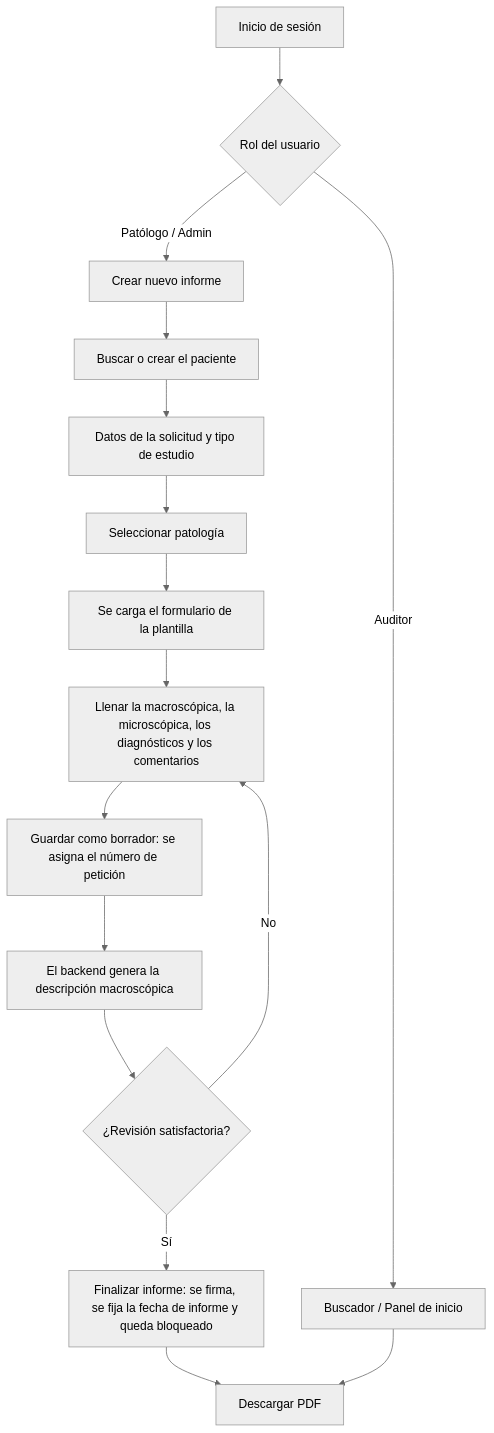
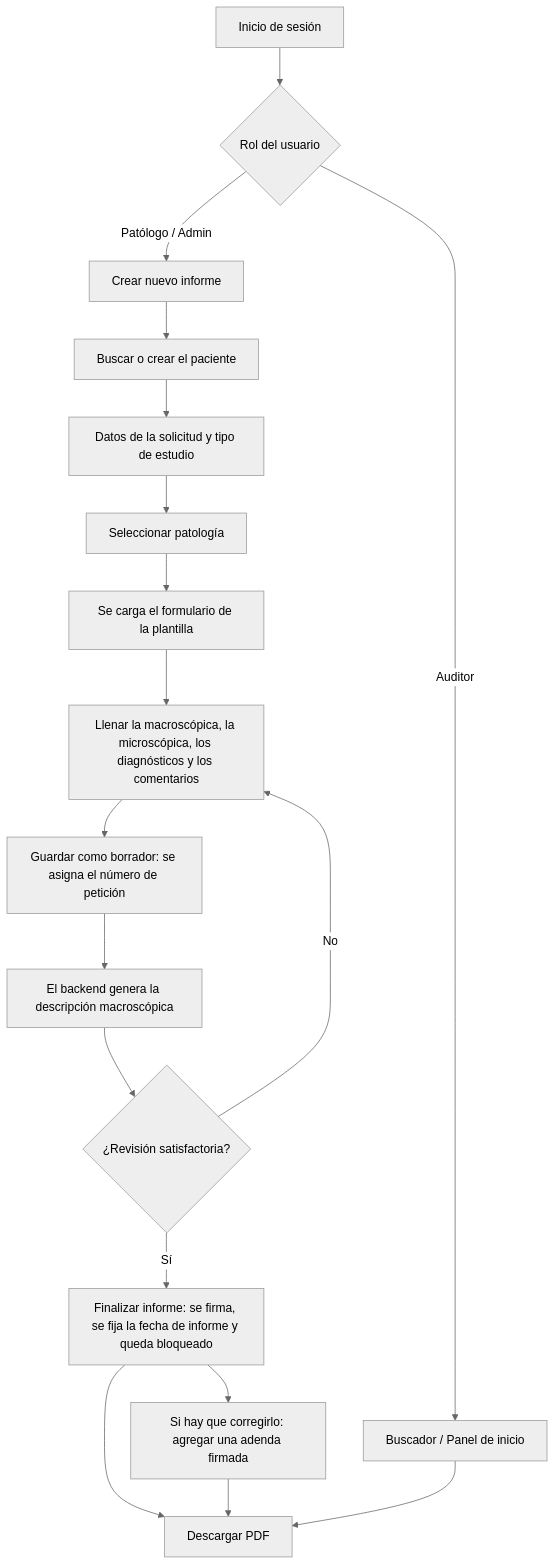
The diagram in README.md (juansalamanca01-glitch/patologia-app), drawn with Mermaid (neutral theme) before and after one commit. The commit also changed other lines of this file and 18 other files, not shown here.

````diff
--- a/README.md
+++ b/README.md
@@ -489,18 +499,20 @@
 ```mermaid
 graph TD
     A[Inicio de sesión] --> B{Rol del usuario}
     B -->|Patólogo / Admin| C[Crear nuevo informe]
     B -->|Auditor| D[Buscador / Panel de inicio]
     C --> P[Buscar o crear el paciente]
     P --> S[Datos de la solicitud y tipo de estudio]
     S --> E[Seleccionar patología]
     E --> F[Se carga el formulario de la plantilla]
     F --> G[Llenar la macroscópica, la microscópica, los diagnósticos y los comentarios]
     G --> H[Guardar como borrador: se asigna el número de petición]
     H --> I[El backend genera la descripción macroscópica]
     I --> J{¿Revisión satisfactoria?}
     J -->|No| G
     J -->|Sí| K[Finalizar informe: se firma, se fija la fecha de informe y queda bloqueado]
     K --> L[Descargar PDF]
+    K --> M[Si hay que corregirlo: agregar una adenda firmada]
+    M --> L
     D --> L
 ```
````
